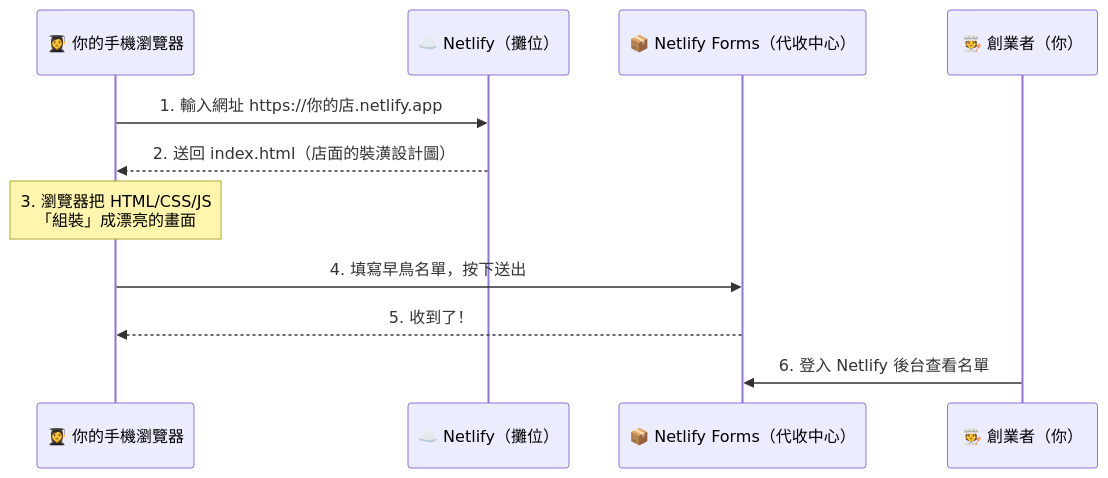
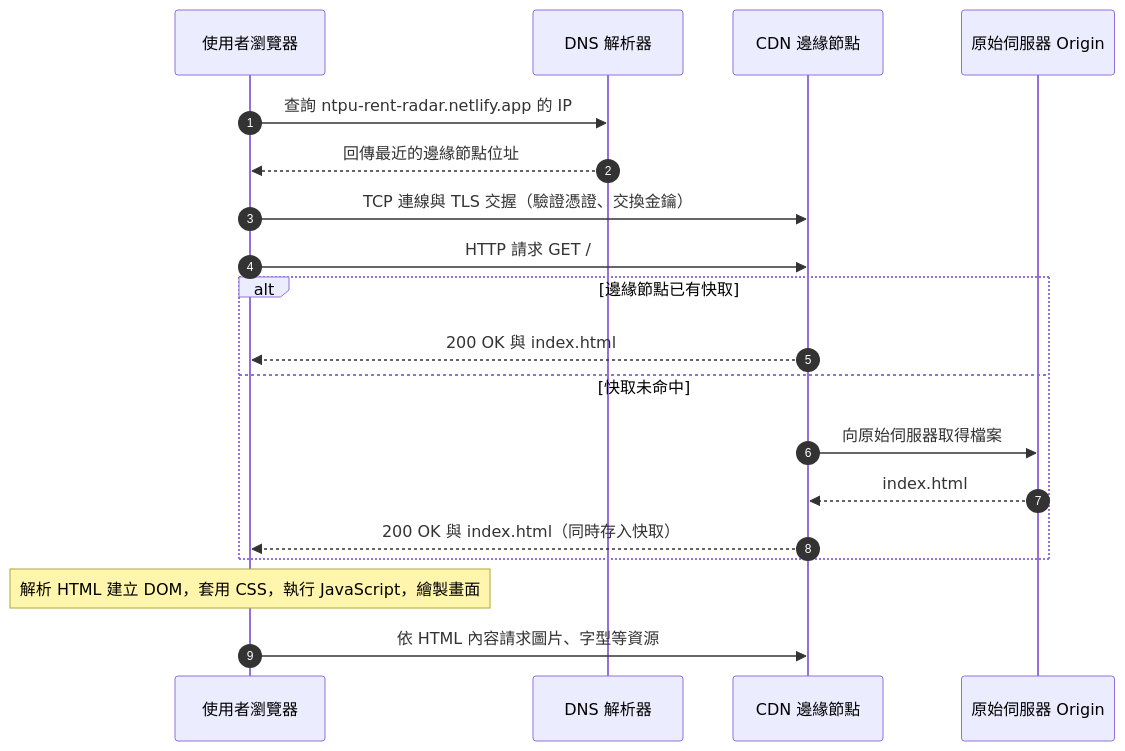
One commit to cychiang-ntpu/VibeNTPU changed the diagram in lectures/wk01_1007_saas-storefront/saas_architecture.md. Above: the diagram before and after it, drawn with Mermaid. The commit also changed other lines of this file and 43 other files, not shown here.

````diff
--- a/lectures/wk01_1007_saas-storefront/saas_architecture.md
+++ b/lectures/wk01_1007_saas-storefront/saas_architecture.md
@@ -93,14 +146,21 @@
 ```mermaid
 sequenceDiagram
-    participant 你 as 👩‍🎓 你的手機瀏覽器
-    participant N as ☁️ Netlify（攤位）
-    participant F as 📦 Netlify Forms（代收中心）
-    participant 老闆 as 🧑‍🍳 創業者（你）
-
-    你->>N: 1. 輸入網址 https://你的店.netlify.app
-    N-->>你: 2. 送回 index.html（店面的裝潢設計圖）
-    Note over 你: 3. 瀏覽器把 HTML/CSS/JS<br/>「組裝」成漂亮的畫面
-    你->>F: 4. 填寫早鳥名單，按下送出
-    F-->>你: 5. 收到了！
-    老闆->>F: 6. 登入 Netlify 後台查看名單
+    autonumber
+    participant U as 使用者瀏覽器
+    participant D as DNS 解析器
+    participant E as CDN 邊緣節點
+    participant O as 原始伺服器 Origin
+    U->>D: 查詢 ntpu-rent-radar.netlify.app 的 IP
+    D-->>U: 回傳最近的邊緣節點位址
+    U->>E: TCP 連線與 TLS 交握（驗證憑證、交換金鑰）
+    U->>E: HTTP 請求 GET /
+    alt 邊緣節點已有快取
+        E-->>U: 200 OK 與 index.html
+    else 快取未命中
+        E->>O: 向原始伺服器取得檔案
+        O-->>E: index.html
+        E-->>U: 200 OK 與 index.html（同時存入快取）
+    end
+    Note over U: 解析 HTML 建立 DOM，套用 CSS，執行 JavaScript，繪製畫面
+    U->>E: 依 HTML 內容請求圖片、字型等資源
 ```
````
